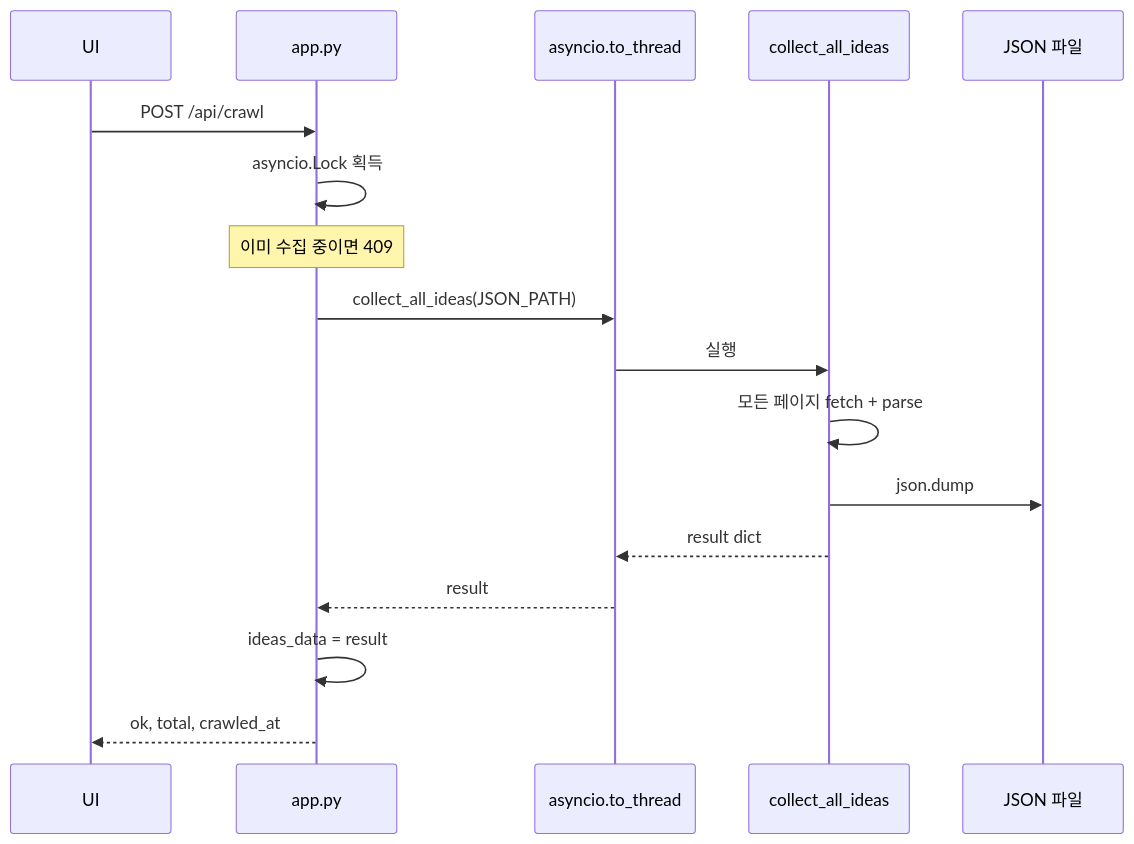
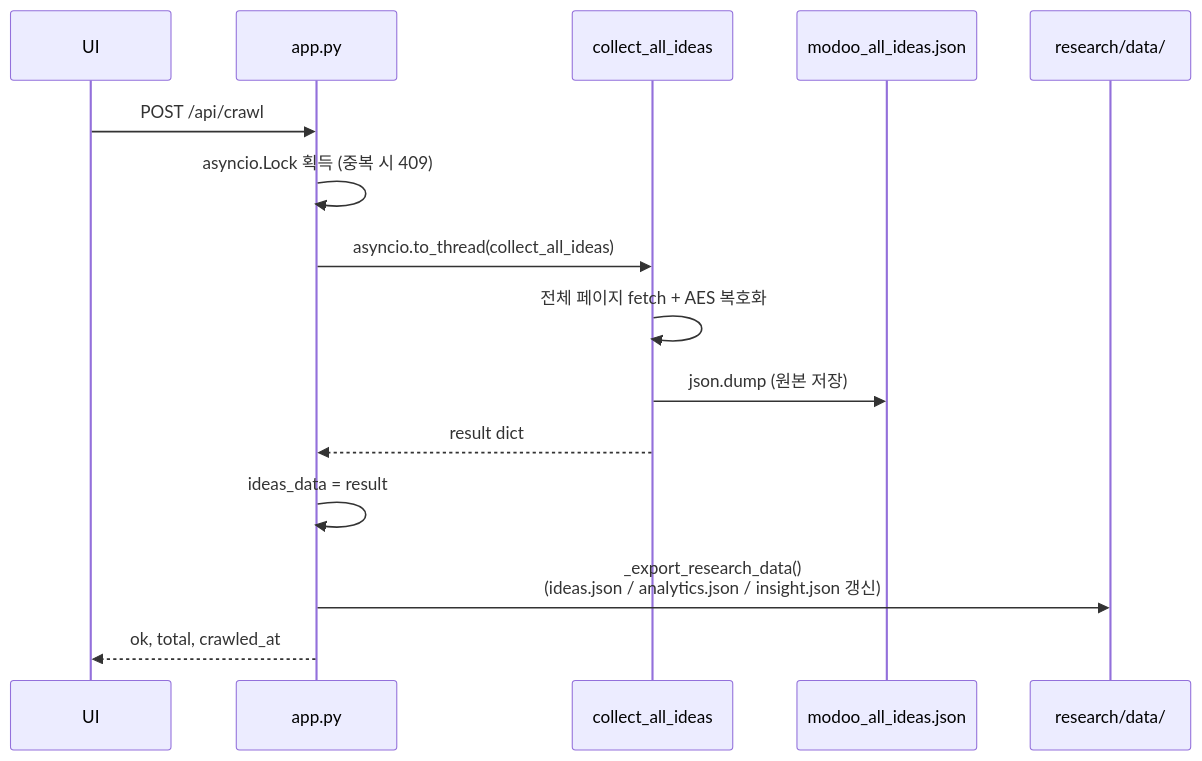
The third of 4 diagrams in guide.md (koreatommy/research), drawn with Mermaid before and after one commit. The commit also changed other lines of this file and 6 other files, not shown here.

````diff
--- a/guide.md
+++ b/guide.md
@@ -133,20 +153,18 @@
 ```mermaid
 sequenceDiagram
   participant UI
   participant App as app.py
-  participant Thread as asyncio.to_thread
   participant CF as collect_all_ideas
-  participant Disk as JSON 파일
+  participant RAW as modoo_all_ideas.json
+  participant RDATA as research/data/
 
   UI->>App: POST /api/crawl
-  App->>App: asyncio.Lock 획득
-  Note over App: 이미 수집 중이면 409
-  App->>Thread: collect_all_ideas(JSON_PATH)
-  Thread->>CF: 실행
-  CF->>CF: 모든 페이지 fetch + parse
-  CF->>Disk: json.dump
-  CF-->>Thread: result dict
-  Thread-->>App: result
+  App->>App: asyncio.Lock 획득 (중복 시 409)
+  App->>CF: asyncio.to_thread(collect_all_ideas)
+  CF->>CF: 전체 페이지 fetch + AES 복호화
+  CF->>RAW: json.dump (원본 저장)
+  CF-->>App: result dict
   App->>App: ideas_data = result
+  App->>RDATA: _export_research_data()<br/>(ideas.json / analytics.json / insight.json 갱신)
   App-->>UI: ok, total, crawled_at
 ```
````
